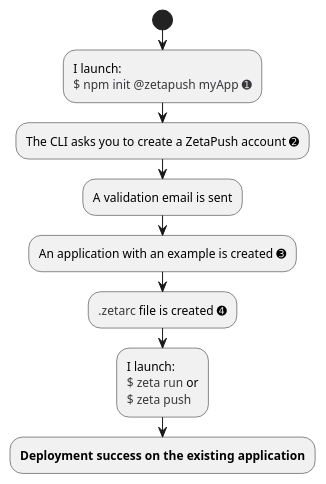
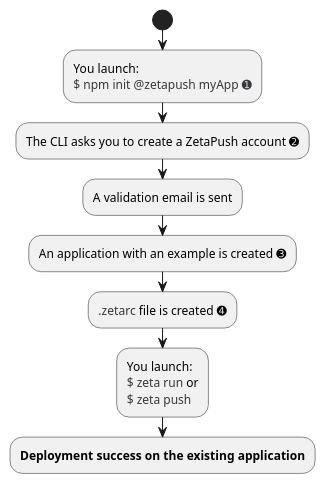
Before and after one commit to zetapush/documentation: the diagram in src/docs/asciidoc/common/diagrams/workflow-init-without-account.adoc, drawn with PlantUML. The commit also changed other lines of this file and 39 other files, not shown here.

```diff
--- a/src/docs/asciidoc/common/diagrams/workflow-init-without-account.adoc
+++ b/src/docs/asciidoc/common/diagrams/workflow-init-without-account.adoc
@@ -4,21 +4,21 @@
 [plantuml, init-without-account, png, role="center"]     
 ....
 start
 
-:I launch:
+:You launch:
 <color:#38363a>$ npm init @zetapush myApp ➊; 
 
 :The CLI asks you to create a ZetaPush account ➋;
 
 :A validation email is sent;
 
 :An application with an example is created ➌;
 
 :<color:#38363a>.zetarc</color> file is created ➍;
 
-:I launch:
+:You launch:
 <color:#38363a>$ zeta run</color> or
 <color:#38363a>$ zeta push;
 
 :<b>Deployment success on the existing application;
 ....
```
